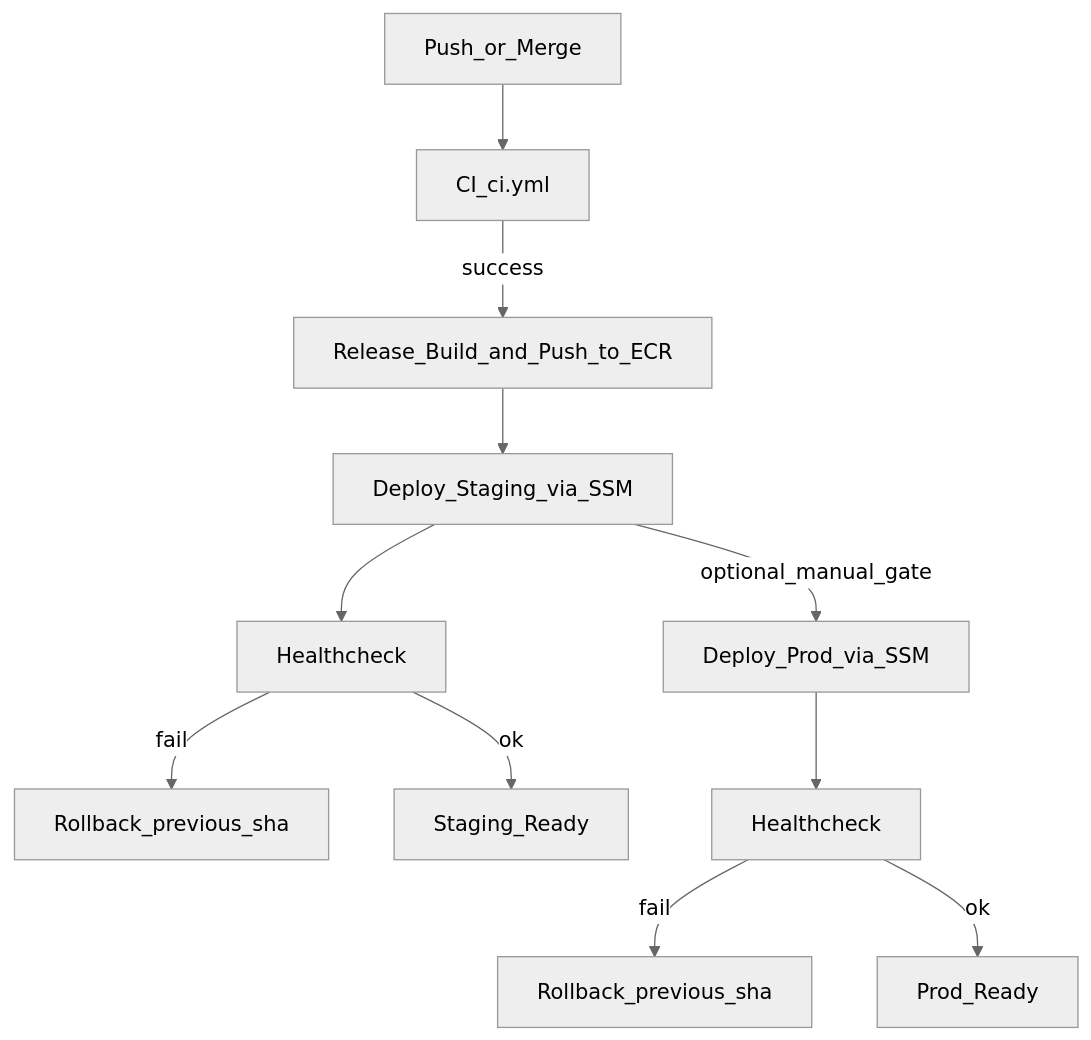
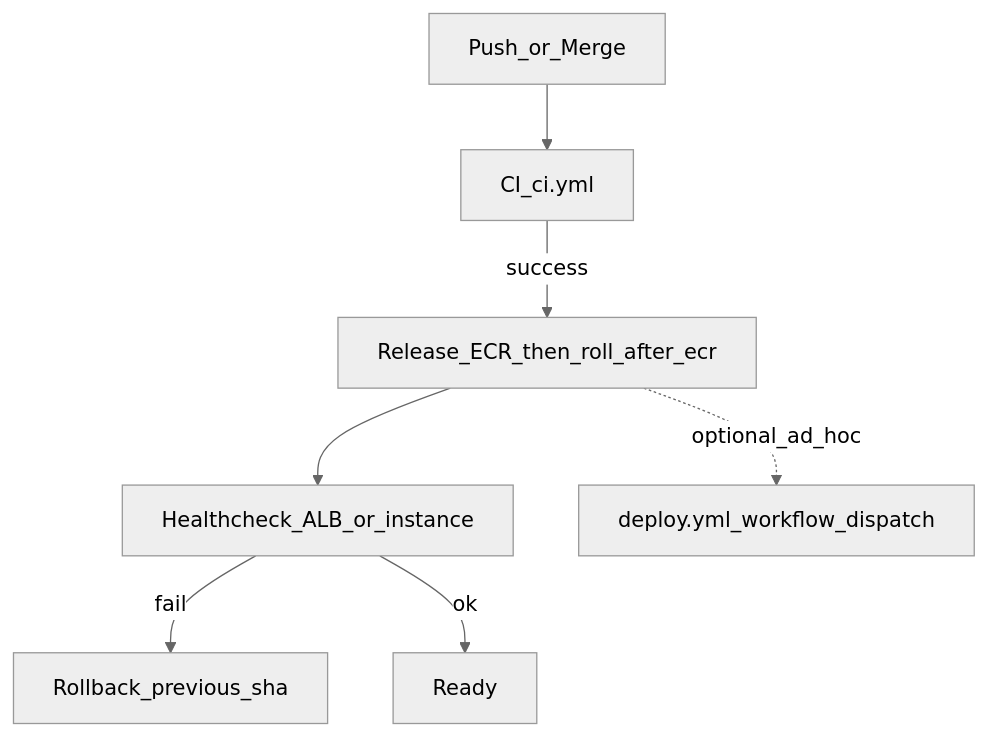
One commit to Zero-Bug-Freinds/ai-api-usage-monitor changed the second of 2 diagrams in docs/cd-aws-ec2-compose-alb-ssm-plan.md. Above: the diagram before and after it, drawn with Mermaid (neutral theme). The commit also changed other lines of this file and 4 other files, not shown here.

````diff
--- a/docs/cd-aws-ec2-compose-alb-ssm-plan.md
+++ b/docs/cd-aws-ec2-compose-alb-ssm-plan.md
@@ -75,15 +75,9 @@
 ```mermaid
 flowchart TD
   Commit[Push_or_Merge] --> CI[CI_ci.yml]
-  CI -->|success| Release[Release_Build_and_Push_to_ECR]
-  Release --> DeployStg[Deploy_Staging_via_SSM]
-  DeployStg -->|optional_manual_gate| DeployProd[Deploy_Prod_via_SSM]
-
-  DeployStg --> HealthStg[Healthcheck]
-  HealthStg -->|fail| RollbackStg[Rollback_previous_sha]
-  HealthStg -->|ok| DoneStg[Staging_Ready]
-
-  DeployProd --> HealthProd[Healthcheck]
-  HealthProd -->|fail| RollbackProd[Rollback_previous_sha]
-  HealthProd -->|ok| DoneProd[Prod_Ready]
+  CI -->|success| Release[Release_ECR_then_roll_after_ecr]
+  Release --> Health[Healthcheck_ALB_or_instance]
+  Health -->|fail| Rollback[Rollback_previous_sha]
+  Health -->|ok| Done[Ready]
+  Release -. optional_ad_hoc .-> DeployManual[deploy.yml_workflow_dispatch]
 ```
````
